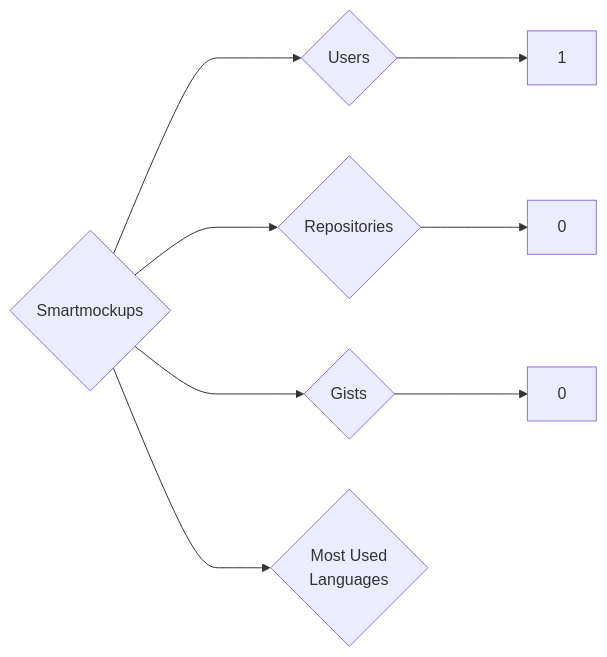
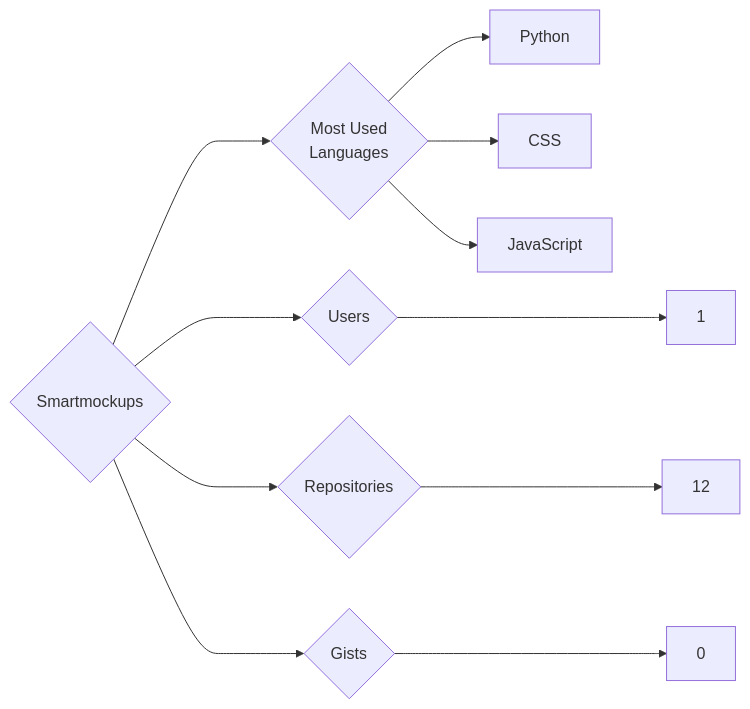
Before and after one commit to trickest/insiders: the diagram in targets/Smartmockups/README.md, drawn with Mermaid. The commit also changed 898 other files, not shown here.

````diff
--- a/targets/Smartmockups/README.md
+++ b/targets/Smartmockups/README.md
@@ -3,8 +3,11 @@
 ```mermaid
 graph LR
 COMPANY_NAME{Smartmockups}
 COMPANY_NAME ---> U{Users} ---> UN[1]
-COMPANY_NAME ---> R{Repositories} ---> RN[0]
+COMPANY_NAME ---> R{Repositories} ---> RN[12]
 COMPANY_NAME ---> G{Gists} ---> GN[0]
 COMPANY_NAME ---> ML{Most Used<br>Languages}
+ML --> Python[Python]
+ML --> CSS[CSS]
+ML --> JavaScript[JavaScript]
 ```
````
